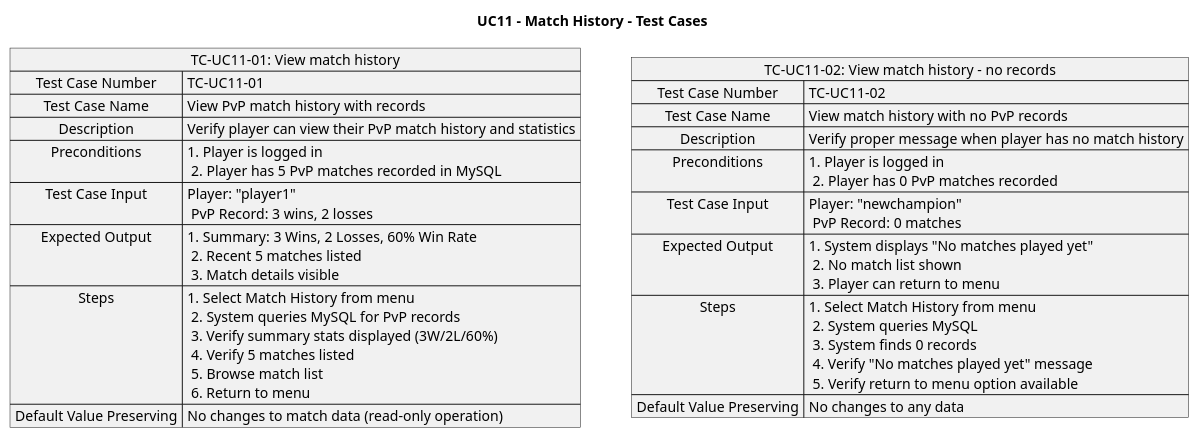
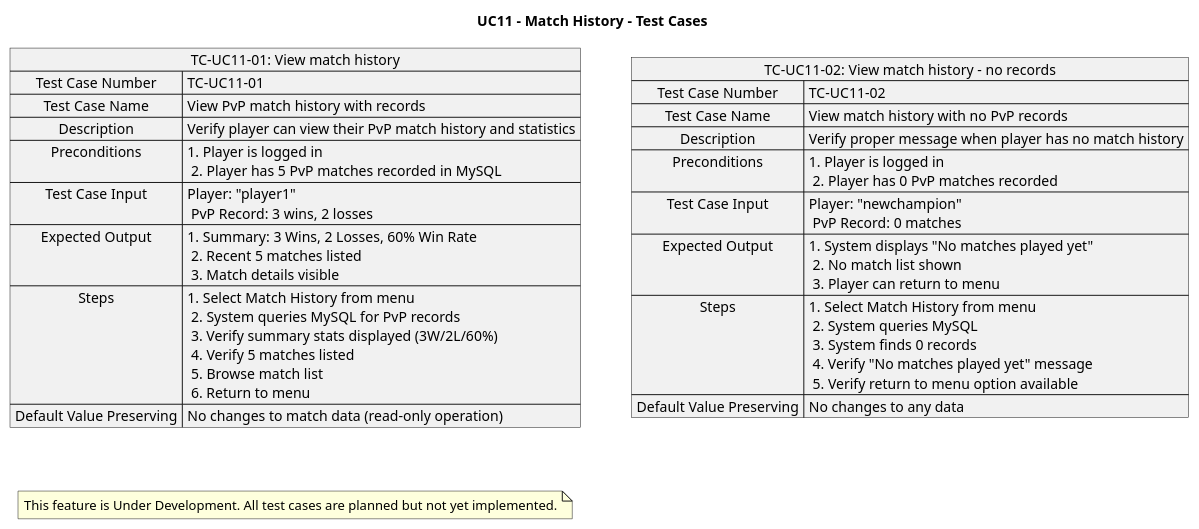
One commit to devKasumi/PokemonConsole changed the diagram in TurnBasedPokemon/Diagram/UnifiedUseCases/TestCases/UC11_MatchHistory_TestCases.puml. Above: the diagram before and after it, drawn with PlantUML. The commit also changed 14 other files, not shown here.

Commit message:
update diagrams

```diff
--- a/TurnBasedPokemon/Diagram/UnifiedUseCases/TestCases/UC11_MatchHistory_TestCases.puml
+++ b/TurnBasedPokemon/Diagram/UnifiedUseCases/TestCases/UC11_MatchHistory_TestCases.puml
@@ -1,26 +1,29 @@
 @startuml
 title UC11 - Match History - Test Cases
 
 map "TC-UC11-01: View match history" as TC1 {
   Test Case Number => TC-UC11-01
   Test Case Name => View PvP match history with records
   Description => Verify player can view their PvP match history and statistics
   Preconditions => 1. Player is logged in \n 2. Player has 5 PvP matches recorded in MySQL
   Test Case Input => Player: "player1" \n PvP Record: 3 wins, 2 losses
   Expected Output => 1. Summary: 3 Wins, 2 Losses, 60% Win Rate \n 2. Recent 5 matches listed \n 3. Match details visible
   Steps => 1. Select Match History from menu \n 2. System queries MySQL for PvP records \n 3. Verify summary stats displayed (3W/2L/60%) \n 4. Verify 5 matches listed \n 5. Browse match list \n 6. Return to menu
   Default Value Preserving => No changes to match data (read-only operation)
 }
 
 map "TC-UC11-02: View match history - no records" as TC2 {
   Test Case Number => TC-UC11-02
   Test Case Name => View match history with no PvP records
   Description => Verify proper message when player has no match history
   Preconditions => 1. Player is logged in \n 2. Player has 0 PvP matches recorded
   Test Case Input => Player: "newchampion" \n PvP Record: 0 matches
   Expected Output => 1. System displays "No matches played yet" \n 2. No match list shown \n 3. Player can return to menu
   Steps => 1. Select Match History from menu \n 2. System queries MySQL \n 3. System finds 0 records \n 4. Verify "No matches played yet" message \n 5. Verify return to menu option available
   Default Value Preserving => No changes to any data
 }
 
+note "This feature is Under Development. All test cases are planned but not yet implemented." as N1
+
+
 @enduml
```
